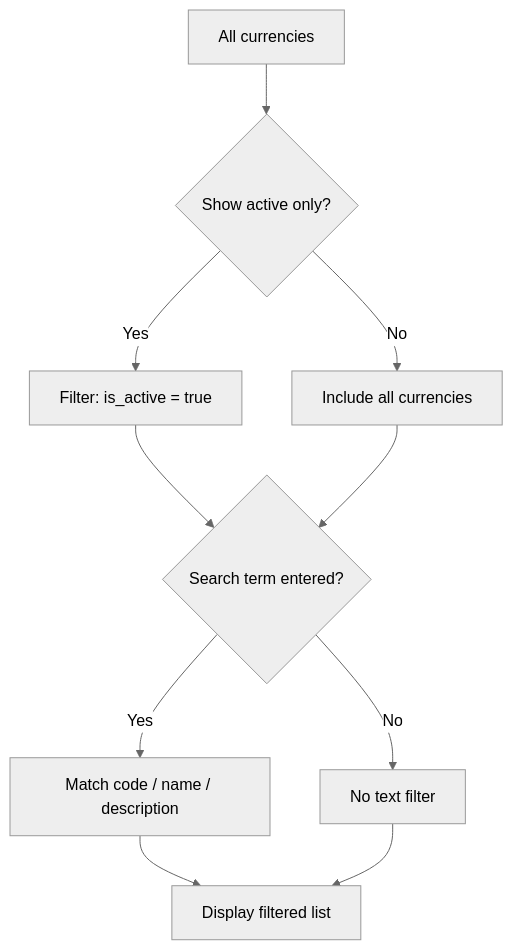
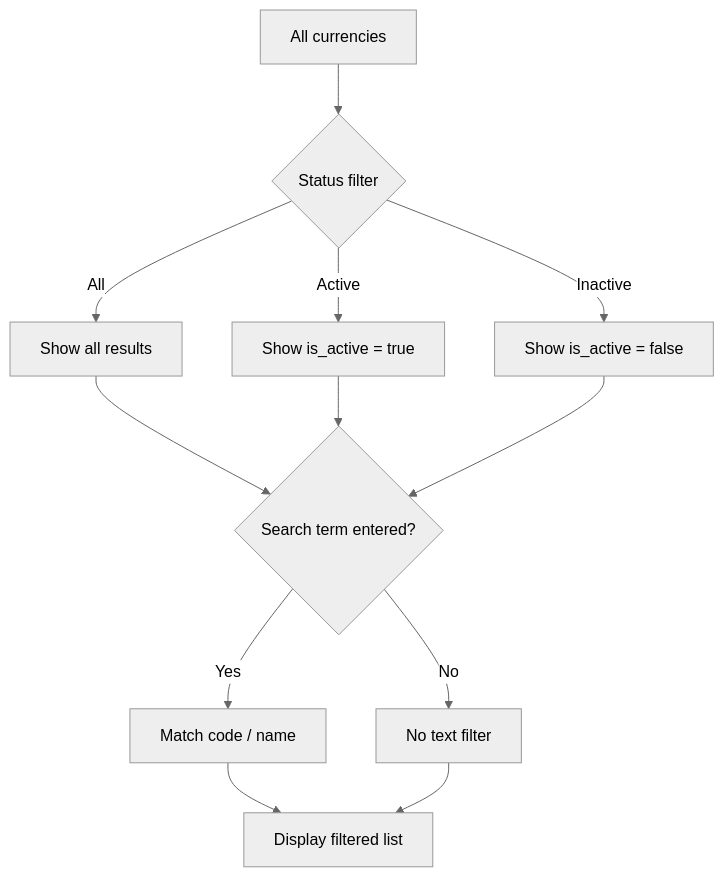
One commit to CarmenSoftware-organization/carmen-wiki changed the diagram in en/inventory/master-data/currency.md. Above: the diagram before and after it, drawn with Mermaid (neutral theme). The commit also changed other lines of this file and 20 other files, not shown here.

Commit message:
fix(product,master-data,recipe): correct 13 diagrams against code, drop disabled-export diagram (review round 1)

````diff
--- a/en/inventory/master-data/currency.md
+++ b/en/inventory/master-data/currency.md
@@ -37,12 +37,14 @@
 ```mermaid
 flowchart TD
-    A["All currencies"] --> B{"Show active only?"}
-    B -->|"Yes"| C["Filter: is_active = true"]
-    B -->|"No"| D["Include all currencies"]
-    C --> E{"Search term entered?"}
-    D --> E
-    E -->|"Yes"| F["Match code / name / description"]
-    E -->|"No"| G["No text filter"]
-    F --> H["Display filtered list"]
-    G --> H
+    A["All currencies"] --> B{"Status filter"}
+    B -->|"All"| C["Show all results"]
+    B -->|"Active"| D["Show is_active = true"]
+    B -->|"Inactive"| E["Show is_active = false"]
+    C --> F{"Search term entered?"}
+    D --> F
+    E --> F
+    F -->|"Yes"| G["Match code / name"]
+    F -->|"No"| H["No text filter"]
+    G --> I["Display filtered list"]
+    H --> I
 ```
````
